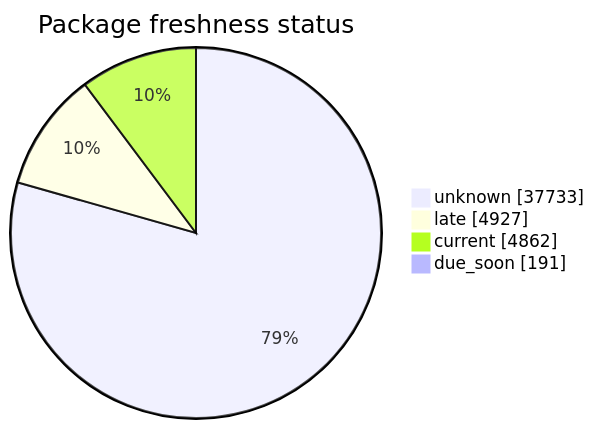
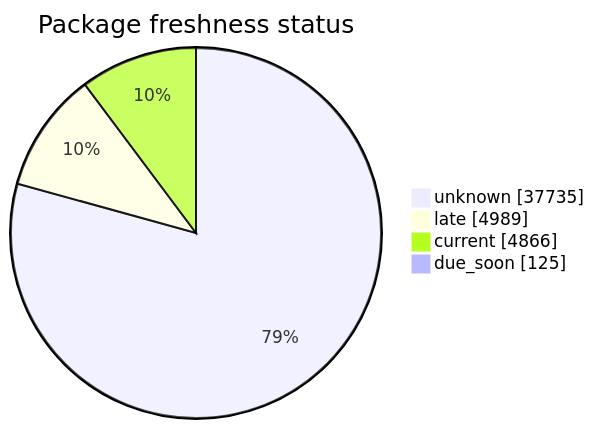
The second of 5 diagrams in FreshCheck/README.md (open-data/analytics-corporate-reporting), drawn with Mermaid before and after one commit. The commit also changed other lines of this file and 3 other files, not shown here.

````diff
--- a/FreshCheck/README.md
+++ b/FreshCheck/README.md
@@ -68,7 +68,7 @@
 ```mermaid
 pie showData title Package freshness status
-    "unknown": 37733
-    "late": 4927
-    "current": 4862
-    "due_soon": 191
+    "unknown": 37735
+    "late": 4989
+    "current": 4866
+    "due_soon": 125
 ```
````
